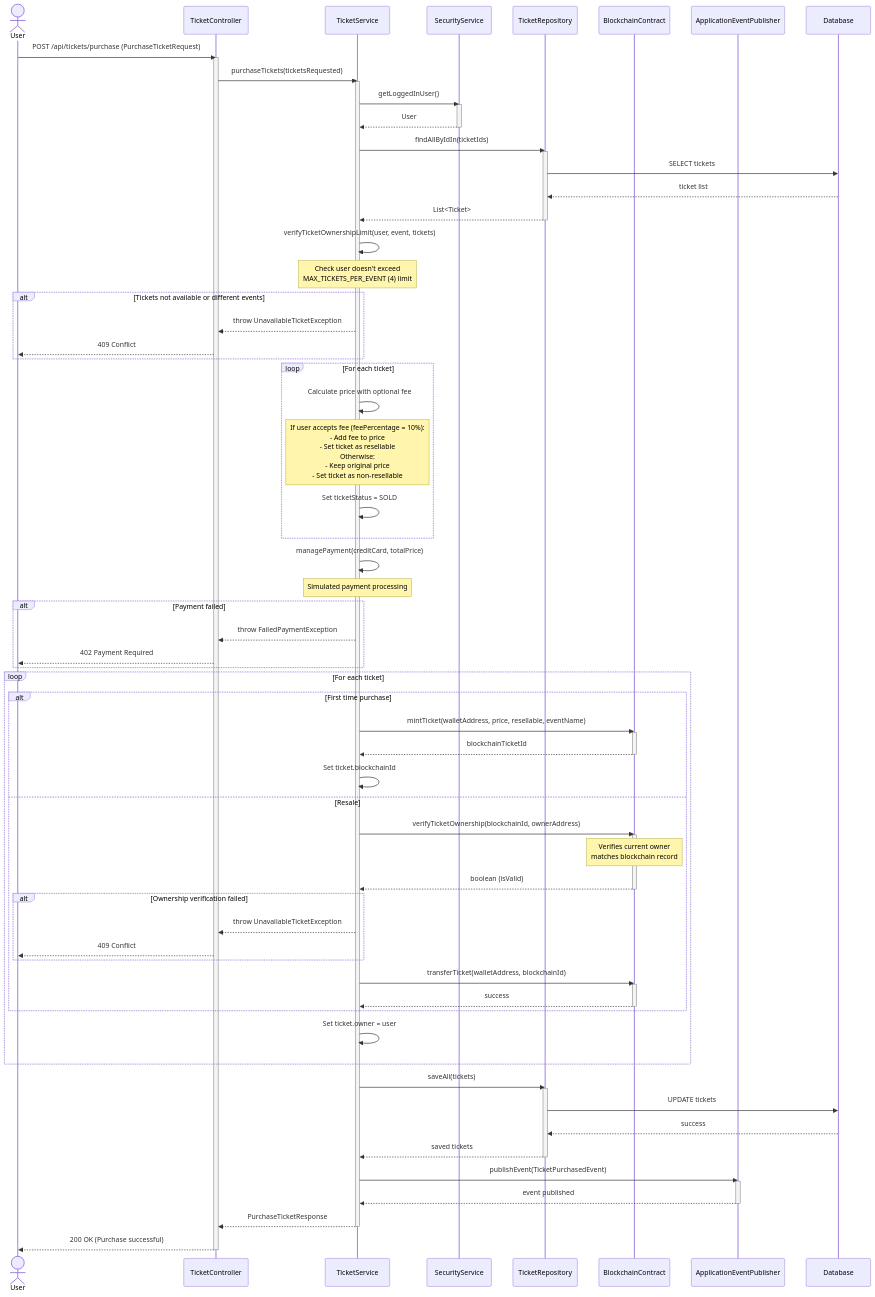
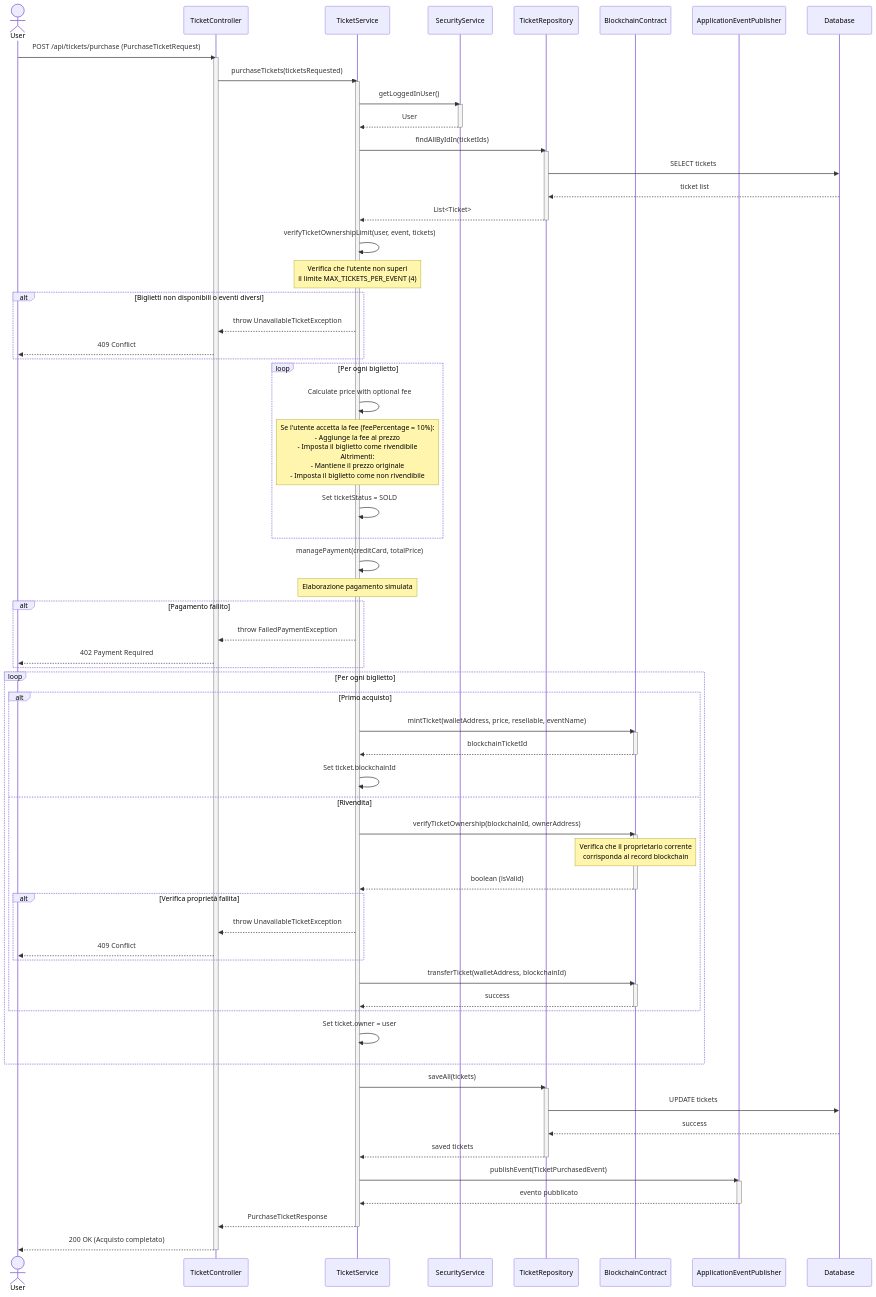
Before and after one commit to s-lusito/TicketBlock-Ing_Sw: the diagram in docs/sequence-ticket-purchase.md, drawn with Mermaid. The commit also changed other lines of this file and 6 other files, not shown here.

Commit message:
Translate UML diagram comments to Italian while keeping code elements in English

````diff
--- a/docs/sequence-ticket-purchase.md
+++ b/docs/sequence-ticket-purchase.md
@@ -32,42 +32,42 @@
     deactivate TicketRepo
     
     Service->>Service: verifyTicketOwnershipLimit(user, event, tickets)
-    Note over Service: Check user doesn't exceed<br/>MAX_TICKETS_PER_EVENT (4) limit
+    Note over Service: Verifica che l'utente non superi<br/>il limite MAX_TICKETS_PER_EVENT (4)
     
-    alt Tickets not available or different events
+    alt Biglietti non disponibili o eventi diversi
         Service-->>Controller: throw UnavailableTicketException
         Controller-->>User: 409 Conflict
     end
     
-    loop For each ticket
+    loop Per ogni biglietto
         Service->>Service: Calculate price with optional fee
-        Note over Service: If user accepts fee (feePercentage = 10%):<br/>- Add fee to price<br/>- Set ticket as resellable<br/>Otherwise:<br/>- Keep original price<br/>- Set ticket as non-resellable
+        Note over Service: Se l'utente accetta la fee (feePercentage = 10%):<br/>- Aggiunge la fee al prezzo<br/>- Imposta il biglietto come rivendibile<br/>Altrimenti:<br/>- Mantiene il prezzo originale<br/>- Imposta il biglietto come non rivendibile
         Service->>Service: Set ticketStatus = SOLD
     end
     
     Service->>Service: managePayment(creditCard, totalPrice)
-    Note over Service: Simulated payment processing
+    Note over Service: Elaborazione pagamento simulata
     
-    alt Payment failed
+    alt Pagamento fallito
         Service-->>Controller: throw FailedPaymentException
         Controller-->>User: 402 Payment Required
     end
     
-    loop For each ticket
-        alt First time purchase
+    loop Per ogni biglietto
+        alt Primo acquisto
             Service->>TicketContract: mintTicket(walletAddress, price, resellable, eventName)
             activate TicketContract
             TicketContract-->>Service: blockchainTicketId
             deactivate TicketContract
             Service->>Service: Set ticket.blockchainId
-        else Resale
+        else Rivendita
             Service->>TicketContract: verifyTicketOwnership(blockchainId, ownerAddress)
             activate TicketContract
-            Note over TicketContract: Verifies current owner<br/>matches blockchain record
+            Note over TicketContract: Verifica che il proprietario corrente<br/>corrisponda al record blockchain
             TicketContract-->>Service: boolean (isValid)
             deactivate TicketContract
             
-            alt Ownership verification failed
+            alt Verifica proprietà fallita
                 Service-->>Controller: throw UnavailableTicketException
                 Controller-->>User: 409 Conflict
             end
@@ -89,12 +89,12 @@
     
     Service->>EventPublisher: publishEvent(TicketPurchasedEvent)
     activate EventPublisher
-    EventPublisher-->>Service: event published
+    EventPublisher-->>Service: evento pubblicato
     deactivate EventPublisher
     
     Service-->>Controller: PurchaseTicketResponse
     deactivate Service
     
-    Controller-->>User: 200 OK (Purchase successful)
+    Controller-->>User: 200 OK (Acquisto completato)
     deactivate Controller
 ```
````
